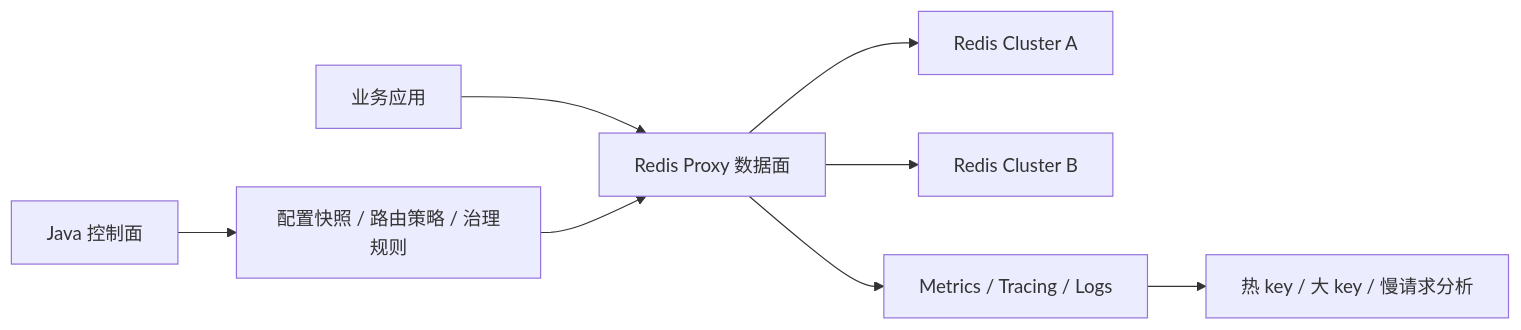
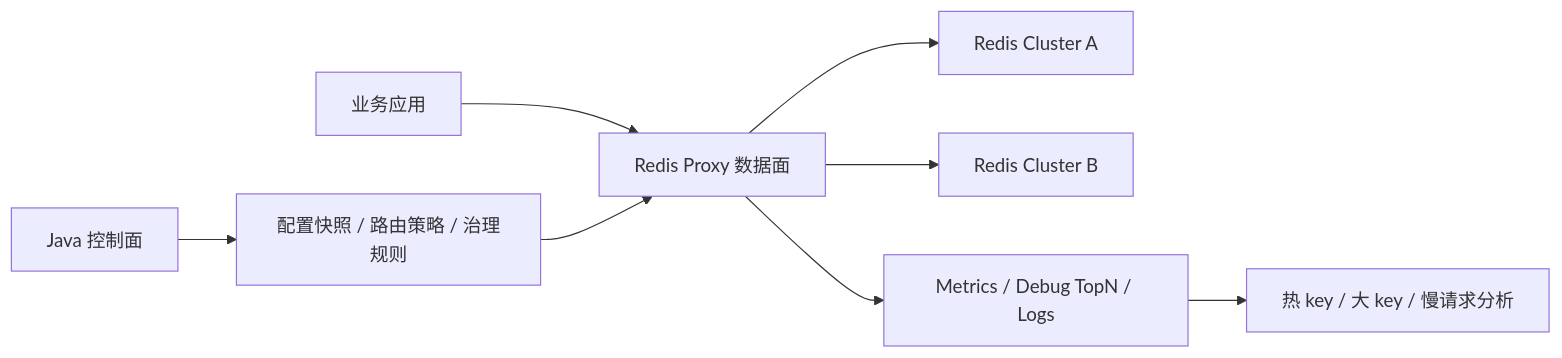
Before and after one commit to susongyan/redis-proxy: the diagram in README.md, drawn with Mermaid. The commit also changed other lines of this file and 8 other files, not shown here.

````diff
--- a/README.md
+++ b/README.md
@@ -35,10 +30,10 @@
 ```mermaid
 flowchart LR
     App["业务应用"] --> Proxy["Redis Proxy 数据面"]
     Proxy --> RedisA["Redis Cluster A"]
     Proxy --> RedisB["Redis Cluster B"]
     Control["Java 控制面"] --> Config["配置快照 / 路由策略 / 治理规则"]
     Config --> Proxy
-    Proxy --> Metrics["Metrics / Tracing / Logs"]
+    Proxy --> Metrics["Metrics / Debug TopN / Logs"]
     Metrics --> Analysis["热 key / 大 key / 慢请求分析"]
 ```
````
